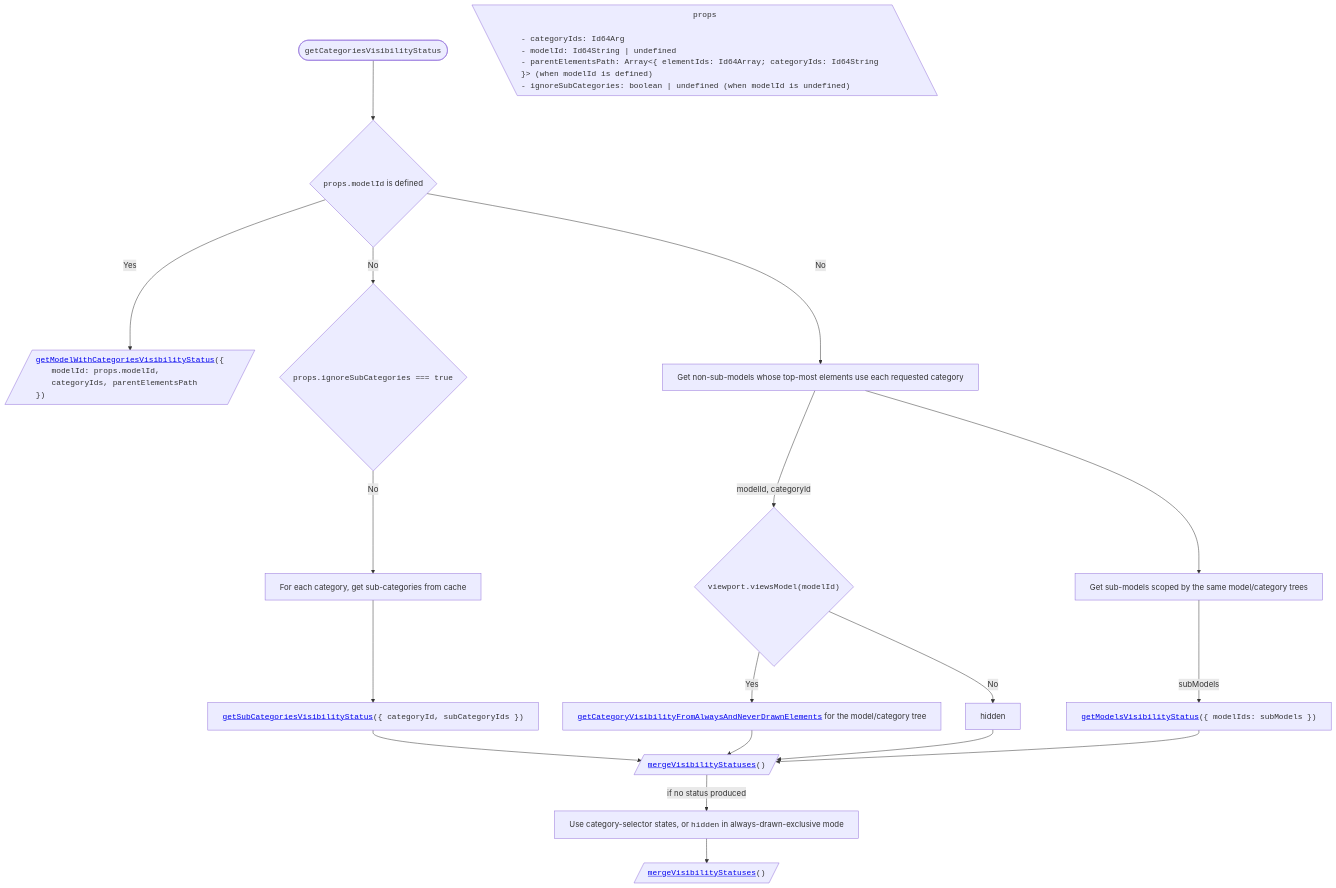
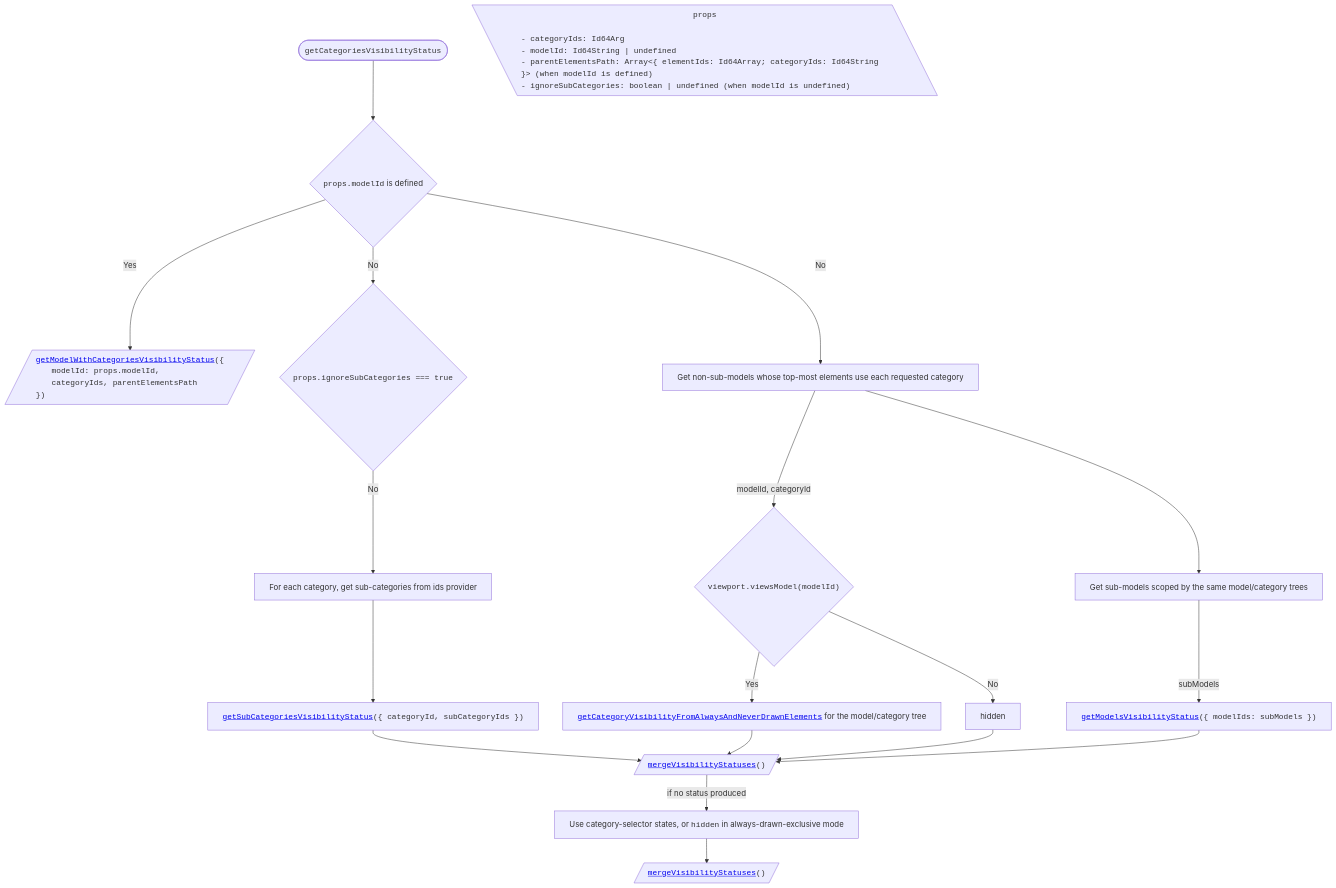
One commit to iTwin/viewer-components-react changed the fourth of 17 diagrams in packages/tree-widget/docs/SharedVisibilityHandling.md. Above: the diagram before and after it, drawn with Mermaid. The commit also changed other lines of this file and 72 other files, not shown here.

````diff
--- a/packages/tree-widget/docs/SharedVisibilityHandling.md
+++ b/packages/tree-widget/docs/SharedVisibilityHandling.md
@@ -162,41 +162,41 @@
 ```mermaid
 ---
 config:
   flowchart:
     wrappingWidth: 750
     useMaxWidth: false
 ---
 
 flowchart TD
 
   %% Start
   TITLE(["<span style='font-family: monospace;'>getCategoriesVisibilityStatus</span>"]) --> A{"<span style='font-family: monospace;'>props.modelId</span> is defined"}
 
   PROPS[\"
     <span style='font-family: monospace;'>props</span>
     <span style='display: block; text-align: left; font-family: monospace;'>- categoryIds: Id64Arg<br/>- modelId: Id64String | undefined<br/>- parentElementsPath: Array&lt;{ elementIds: Id64Array; categoryIds: Id64String }&gt; (when modelId is defined)<br/>- ignoreSubCategories: boolean | undefined (when modelId is undefined)</span>
   "\]
 
   A -- Yes --> B[/"<div style='text-align: left; font-family: monospace;'><a href='#getmodelwithcategoriesvisibilitystatus'>getModelWithCategoriesVisibilityStatus</a>({
     <span style='padding-left: 2rem;'>modelId: props.modelId,</span>
     <span style='padding-left: 2rem;'>categoryIds, parentElementsPath</span>
     })</div>"/]
 
   A -- No --> C{"<span style='font-family: monospace;'>props.ignoreSubCategories === true</span>"}
-  C -- No --> C1["For each category, get sub-categories from cache"]
+  C -- No --> C1["For each category, get sub-categories from ids provider"]
   C1 --> C2["<span style='font-family: monospace;'><a href='#getsubcategoriesvisibilitystatus'>getSubCategoriesVisibilityStatus</a>({ categoryId, subCategoryIds })</span>"]
 
   A -- No --> D["Get non-sub-models whose top-most elements use each requested category"]
   D -- "modelId, categoryId" --> D1{"<span style='font-family: monospace;'>viewport.viewsModel(modelId)</span>"}
   D1 -- Yes --> D2["<span style='font-family: monospace;'><a href='#getcategoryvisibilityfromalwaysandneverdrawnelements'>getCategoryVisibilityFromAlwaysAndNeverDrawnElements</a></span> for the model/category tree"]
   D1 -- No --> D3[hidden]
   D --> E["Get sub-models scoped by the same model/category trees"]
   E -- subModels --> E1["<span style='font-family: monospace;'><a href='#getmodelsvisibilitystatus'>getModelsVisibilityStatus</a>({ modelIds: subModels })</span>"]
 
   C2 --> M[/"<span style='font-family: monospace;'><a href='#mergevisibilitystatuses'>mergeVisibilityStatuses</a>()</span>"/]
   D2 --> M
   D3 --> M
   E1 --> M
   M -- "if no status produced" --> F1["Use category-selector states, or <span style='font-family: monospace;'>hidden</span> in always-drawn-exclusive mode"]
   F1 --> N[/"<span style='font-family: monospace;'><a href='#mergevisibilitystatuses'>mergeVisibilityStatuses</a>()</span>"/]
 ```
````
